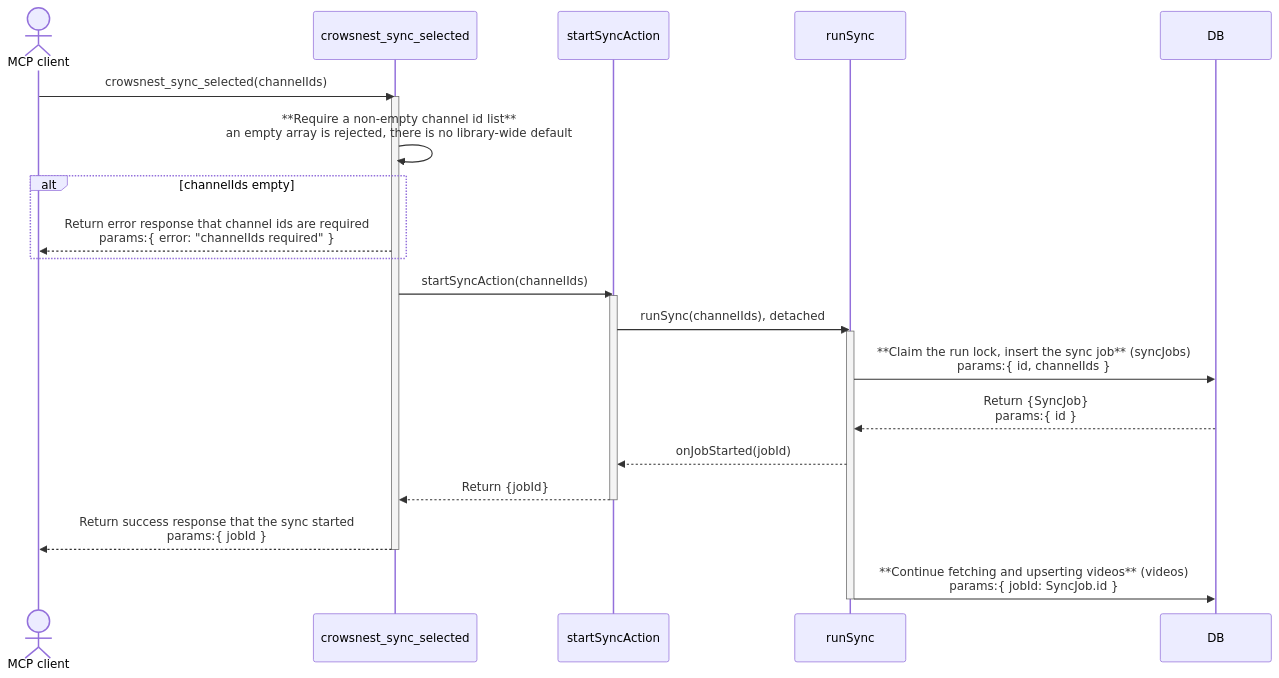
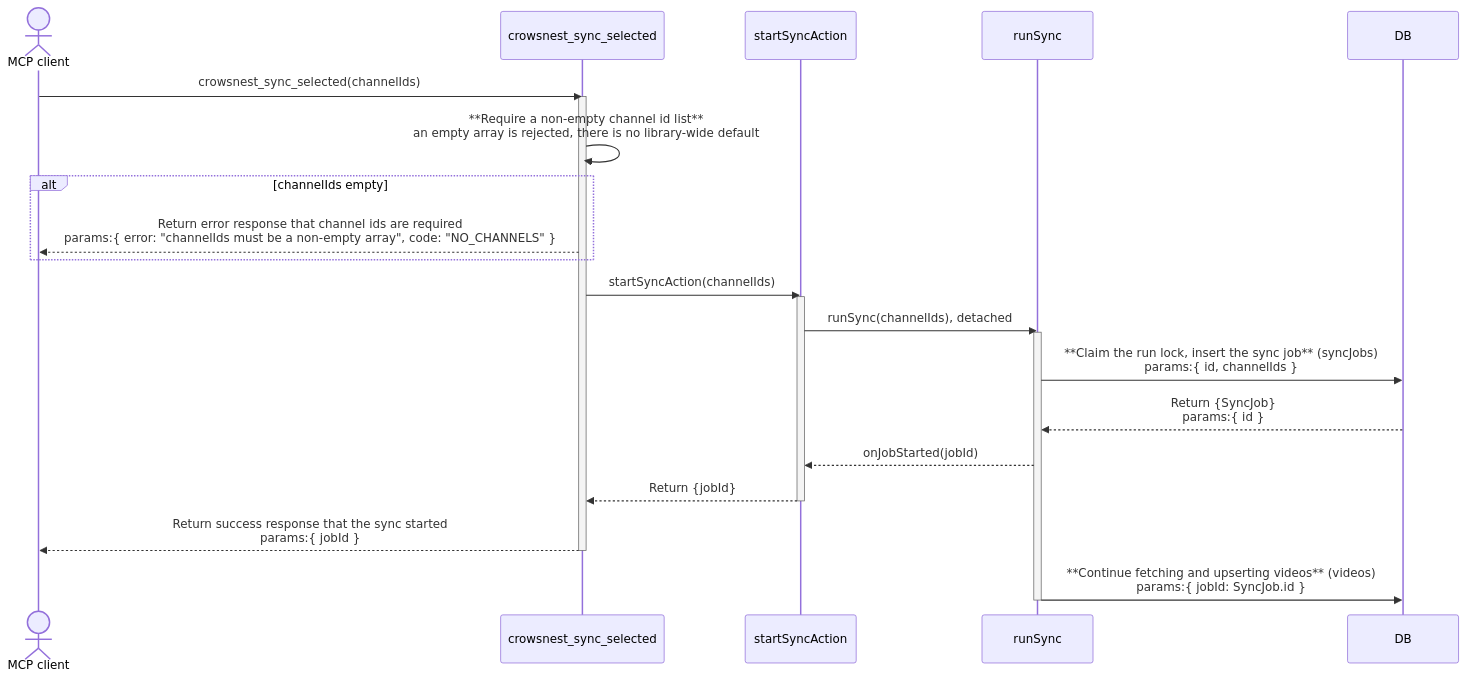
The third of 3 diagrams in documents/architect/core-components/mcp/02-architecture.md (Kaiships-ai/crowsnest), drawn with Mermaid before and after one commit. The commit also changed other lines of this file and 5 other files, not shown here.

````diff
--- a/documents/architect/core-components/mcp/02-architecture.md
+++ b/documents/architect/core-components/mcp/02-architecture.md
@@ -146,28 +156,28 @@
 ```mermaid
 sequenceDiagram
     actor Client as MCP client
     participant Tool as crowsnest_sync_selected
     participant Action as startSyncAction
     participant Worker as runSync
     participant DB
 
     Client->>Tool: crowsnest_sync_selected(channelIds)
     activate Tool
     Tool->>Tool: **Require a non-empty channel id list**<br/>an empty array is rejected, there is no library-wide default
     alt channelIds empty
-        Tool-->>Client: Return error response that channel ids are required<br/>params:{ error: "channelIds required" }
+        Tool-->>Client: Return error response that channel ids are required<br/>params:{ error: "channelIds must be a non-empty array", code: "NO_CHANNELS" }
     end
     Tool->>Action: startSyncAction(channelIds)
     activate Action
     Action->>Worker: runSync(channelIds), detached
     activate Worker
     Worker->>DB: **Claim the run lock, insert the sync job** (syncJobs)<br/>params:{ id, channelIds }
     DB-->>Worker: Return {SyncJob}<br/>params:{ id }
     Worker-->>Action: onJobStarted(jobId)
     Action-->>Tool: Return {jobId}
     deactivate Action
     Tool-->>Client: Return success response that the sync started<br/>params:{ jobId }
     deactivate Tool
     Worker->>DB: **Continue fetching and upserting videos** (videos)<br/>params:{ jobId: SyncJob.id }
     deactivate Worker
 ```
````
